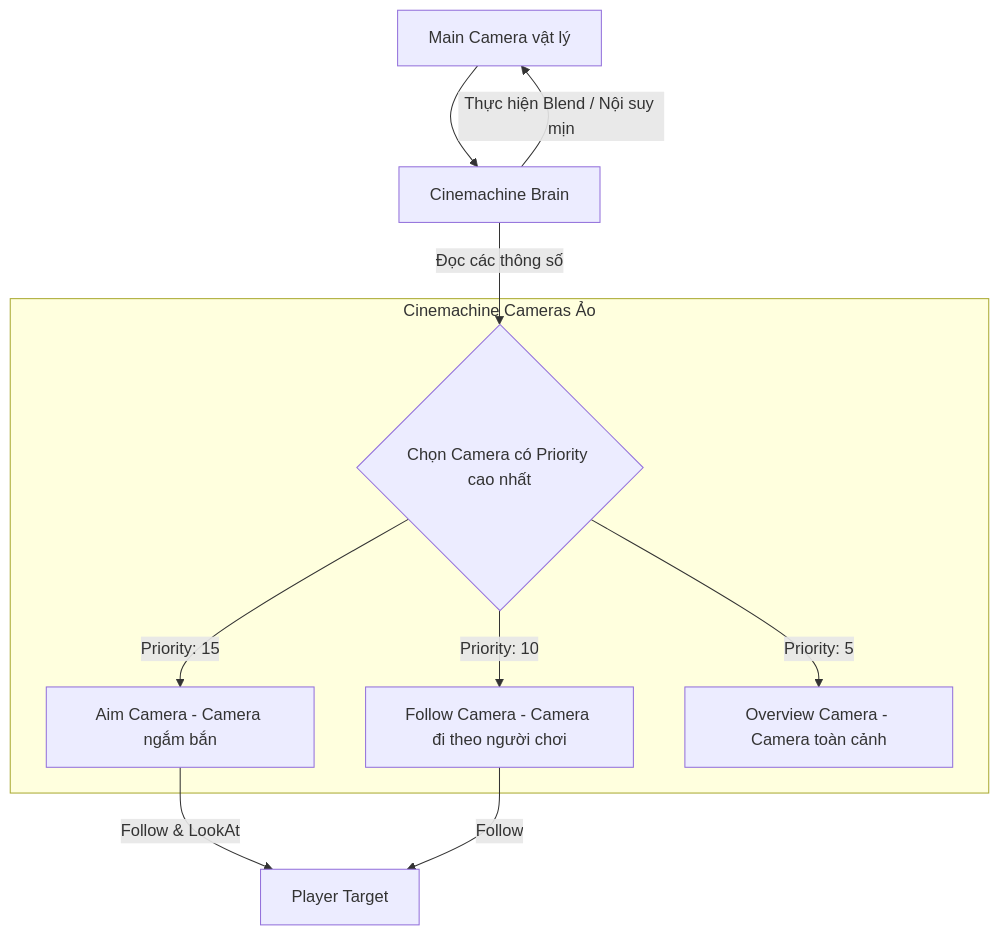
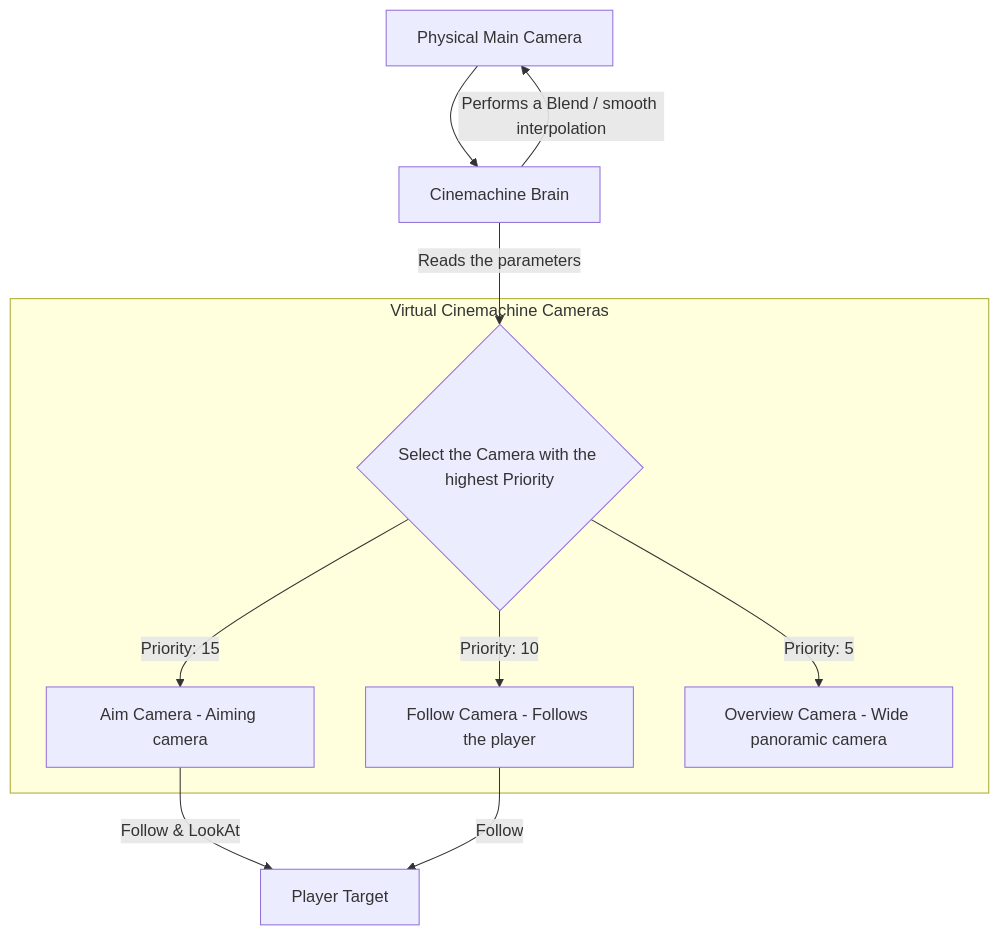
One commit to bugkodc/Road_Map_GameDev changed the diagram in Doc/en/03-Unity/01-Manual/12-Cameras/00-cameras-overview.md. Above: the diagram before and after it, drawn with Mermaid. The commit also changed other lines of this file and 38 other files, not shown here.

First line of the commit message:
Translate residual Vietnamese in English docs (diagrams, code, strings)

````diff
--- a/Doc/en/03-Unity/01-Manual/12-Cameras/00-cameras-overview.md
+++ b/Doc/en/03-Unity/01-Manual/12-Cameras/00-cameras-overview.md
@@ -73,16 +73,16 @@
 ```mermaid
 graph TD
-    A[Main Camera vật lý] --> B[Cinemachine Brain]
-    B -->|Đọc các thông số| C{Chọn Camera có Priority cao nhất}
+    A[Physical Main Camera] --> B[Cinemachine Brain]
+    B -->|Reads the parameters| C{Select the Camera with the highest Priority}
     
-    subgraph Cinemachine Cameras Ảo
-        C -->|Priority: 15| D[Aim Camera - Camera ngắm bắn]
-        C -->|Priority: 10| E[Follow Camera - Camera đi theo người chơi]
-        C -->|Priority: 5| F[Overview Camera - Camera toàn cảnh]
+    subgraph Virtual Cinemachine Cameras
+        C -->|Priority: 15| D[Aim Camera - Aiming camera]
+        C -->|Priority: 10| E[Follow Camera - Follows the player]
+        C -->|Priority: 5| F[Overview Camera - Wide panoramic camera]
     end
     
     D -->|Follow & LookAt| G[Player Target]
     E -->|Follow| G
     
-    B -->|Thực hiện Blend / Nội suy mịn| A
+    B -->|Performs a Blend / smooth interpolation| A
 ```
````
